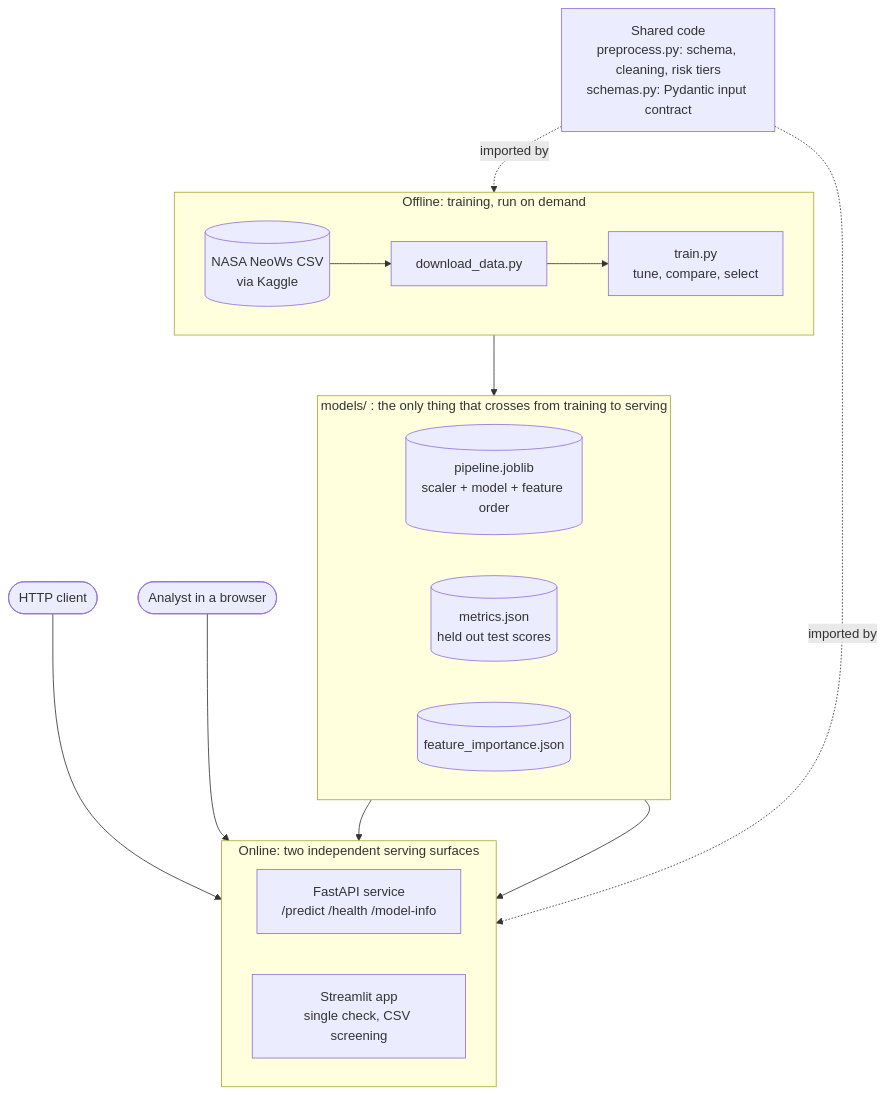
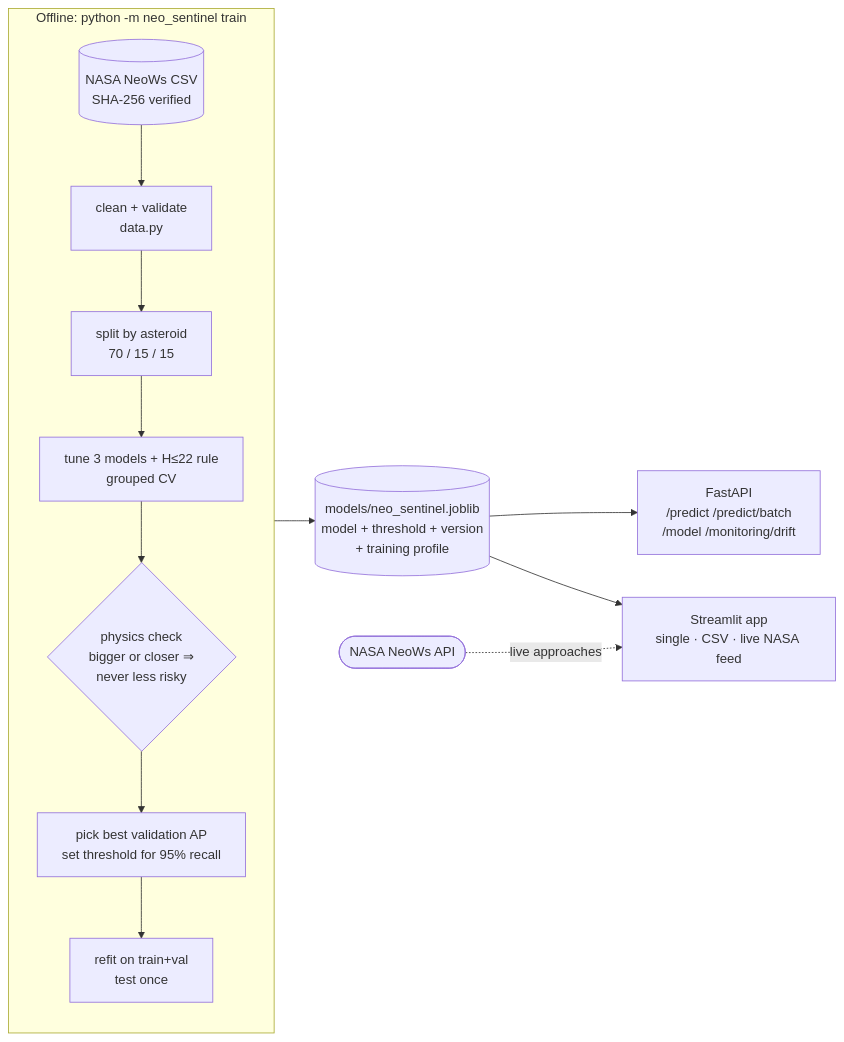
The diagram in README.md (sidhantds/Neo-Sentinal), drawn with Mermaid before and after one commit. The commit also changed other lines of this file and 50 other files, not shown here.

````diff
--- a/README.md
+++ b/README.md
@@ -63,30 +34,16 @@
 ```mermaid
-flowchart TB
-    subgraph OFF["Offline: training, run on demand"]
-        direction LR
-        K[("NASA NeoWs CSV<br/>via Kaggle")] --> DL["download_data.py"] --> TR["train.py<br/>tune, compare, select"]
+flowchart LR
+    subgraph OFF["Offline: python -m neo_sentinel train"]
+        direction TB
+        D[("NASA NeoWs CSV<br/>SHA-256 verified")] --> C["clean + validate<br/>data.py"]
+        C --> S["split by asteroid<br/>70 / 15 / 15"]
+        S --> T["tune 3 models + H≤22 rule<br/>grouped CV"]
+        T --> G{"physics check<br/>bigger or closer ⇒<br/>never less risky"}
+        G --> P["pick best validation AP<br/>set threshold for 95% recall"]
+        P --> F["refit on train+val<br/>test once"]
     end
-
-    subgraph ART["models/ : the only thing that crosses from training to serving"]
-        direction LR
-        PJ[("pipeline.joblib<br/>scaler + model + feature order")]
-        MJ[("metrics.json<br/>held out test scores")]
-        FI[("feature_importance.json")]
-    end
-
-    subgraph ON["Online: two independent serving surfaces"]
-        direction LR
-        API["FastAPI service<br/>/predict /health /model-info"]
-        ST["Streamlit app<br/>single check, CSV screening"]
-    end
-
-    SHARED["Shared code<br/>preprocess.py: schema, cleaning, risk tiers<br/>schemas.py: Pydantic input contract"]
-
-    TR --> ART
-    ART --> API
-    ART --> ST
-    SHARED -. imported by .-> OFF
-    SHARED -. imported by .-> ON
-    CL(["HTTP client"]) --> API
-    AN(["Analyst in a browser"]) --> ST
+    F --> B[("models/neo_sentinel.joblib<br/>model + threshold + version<br/>+ training profile")]
+    B --> API["FastAPI<br/>/predict /predict/batch<br/>/model /monitoring/drift"]
+    B --> APP["Streamlit app<br/>single · CSV · live NASA feed"]
+    NASA(["NASA NeoWs API"]) -.live approaches.-> APP
 ```
````
